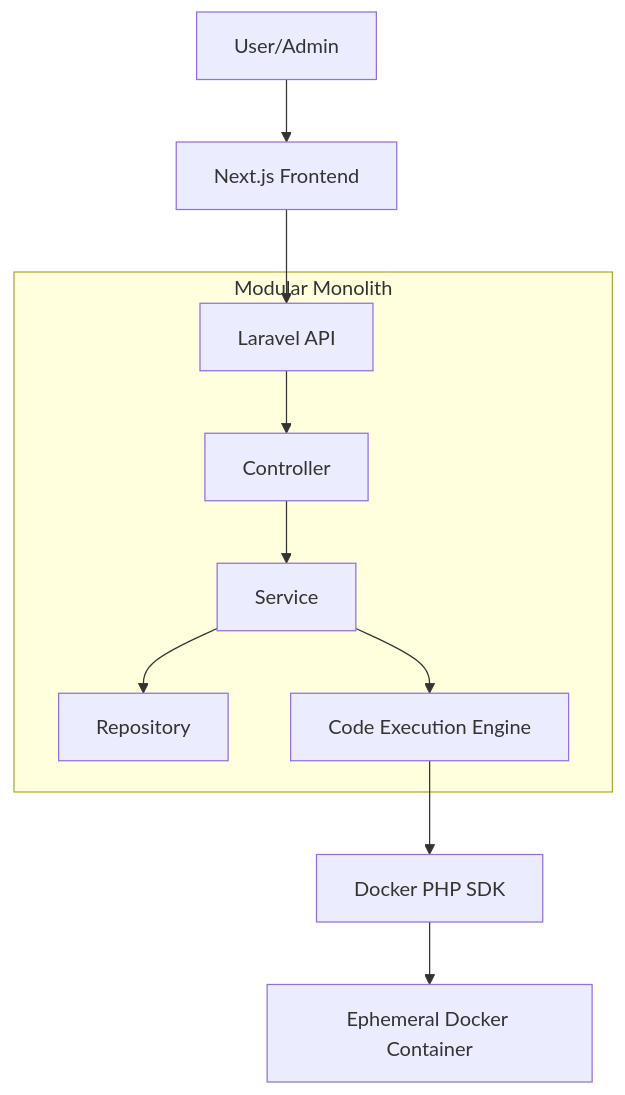
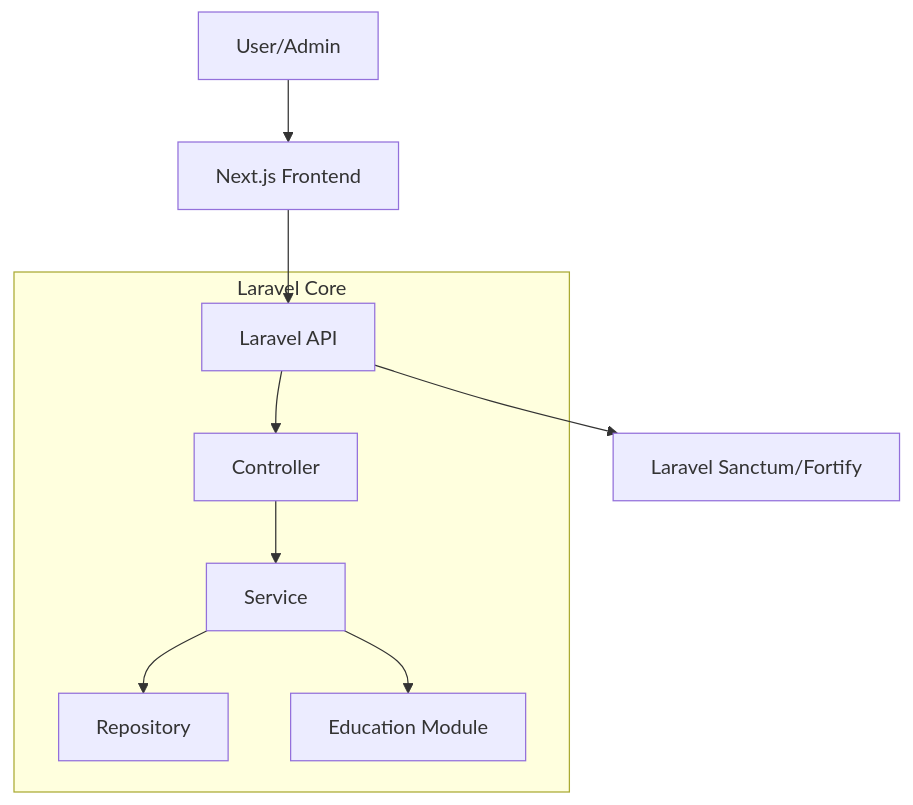
The first of 2 diagrams in .kiro/specs/dev-init/design.md (TMando616/dev-init), drawn with Mermaid before and after one commit. The commit also changed other lines of this file and 2 other files, not shown here.

````diff
--- a/.kiro/specs/dev-init/design.md
+++ b/.kiro/specs/dev-init/design.md
@@ -36,13 +35,12 @@
 ```mermaid
 graph TD
     User[User/Admin] --> Frontend[Next.js Frontend]
     Frontend --> API[Laravel API]
-    subgraph Backend [Modular Monolith]
+    subgraph Backend [Laravel Core]
         API --> Controller
         Controller --> Service
         Service --> Repository
-        Service --> ExecutionEngine[Code Execution Engine]
+        Service --> EducationModule[Education Module]
     end
-    ExecutionEngine --> DockerSDK[Docker PHP SDK]
-    DockerSDK --> DockerContainer[Ephemeral Docker Container]
+    API --> Auth[Laravel Sanctum/Fortify]
 ```
````
